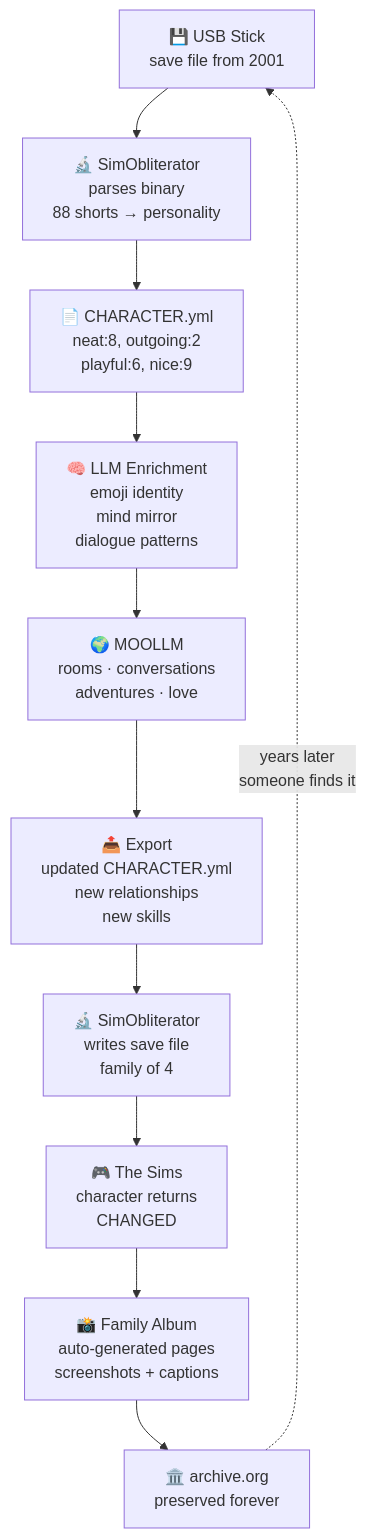
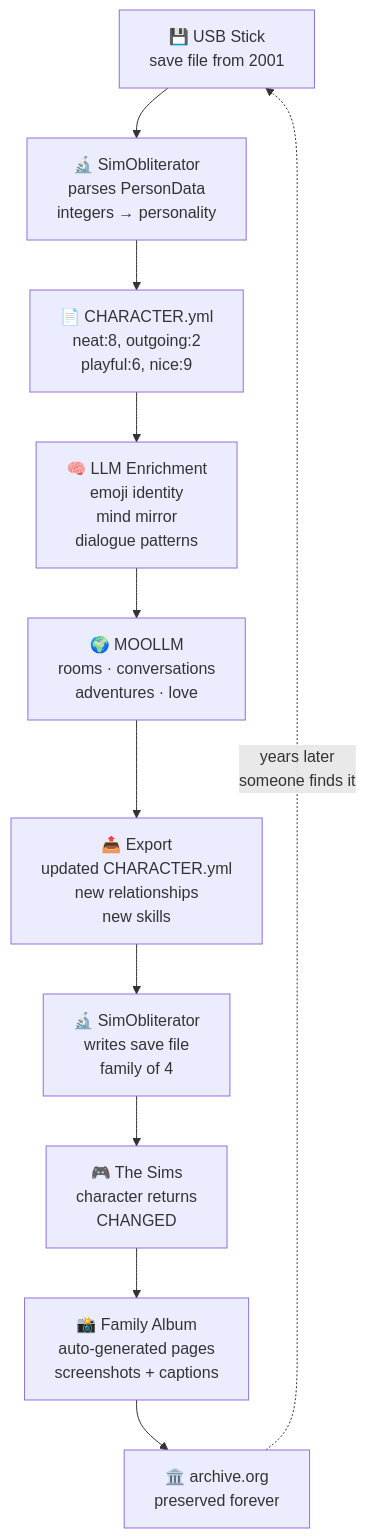
One commit to SimHacker/moollm changed the first of 6 diagrams in designs/sim-obliterator/THE-UPLIFT.md. Above: the diagram before and after it, drawn with Mermaid. The commit also changed other lines of this file and 18 other files, not shown here.

First line of the commit message:
Expand SimObliterator uplift docs, Simopolis characters, and artifactory skill.

````diff
--- a/designs/sim-obliterator/THE-UPLIFT.md
+++ b/designs/sim-obliterator/THE-UPLIFT.md
@@ -19,13 +19,13 @@
 ```mermaid
 flowchart TD
-    USB["💾 USB Stick<br/>save file from 2001"] --> SO["🔬 SimObliterator<br/>parses binary<br/>88 shorts → personality"]
+    USB["💾 USB Stick<br/>save file from 2001"] --> SO["🔬 SimObliterator<br/>parses PersonData<br/>integers → personality"]
     SO --> YAML["📄 CHARACTER.yml<br/>neat:8, outgoing:2<br/>playful:6, nice:9"]
     YAML --> LLM["🧠 LLM Enrichment<br/>emoji identity<br/>mind mirror<br/>dialogue patterns"]
     LLM --> MOOLLM["🌍 MOOLLM<br/>rooms · conversations<br/>adventures · love"]
     MOOLLM --> EXPORT["📤 Export<br/>updated CHARACTER.yml<br/>new relationships<br/>new skills"]
     EXPORT --> SO2["🔬 SimObliterator<br/>writes save file<br/>family of 4"]
     SO2 --> SIMS["🎮 The Sims<br/>character returns<br/>CHANGED"]
     SIMS --> ALBUM["📸 Family Album<br/>auto-generated pages<br/>screenshots + captions"]
     ALBUM --> ARCHIVE["🏛️ archive.org<br/>preserved forever"]
     ARCHIVE -.->|"years later<br/>someone finds it"| USB
 ```
````
